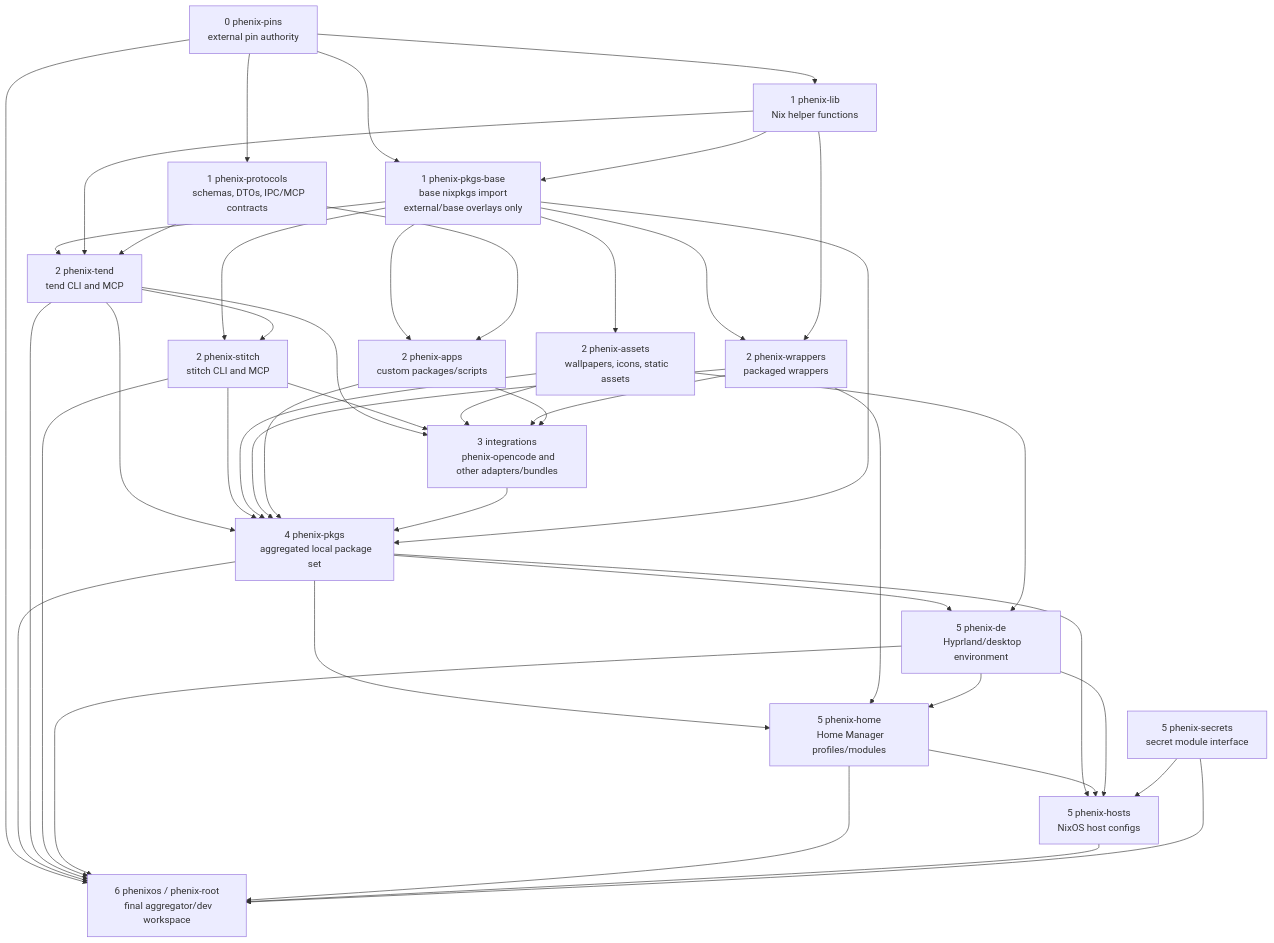
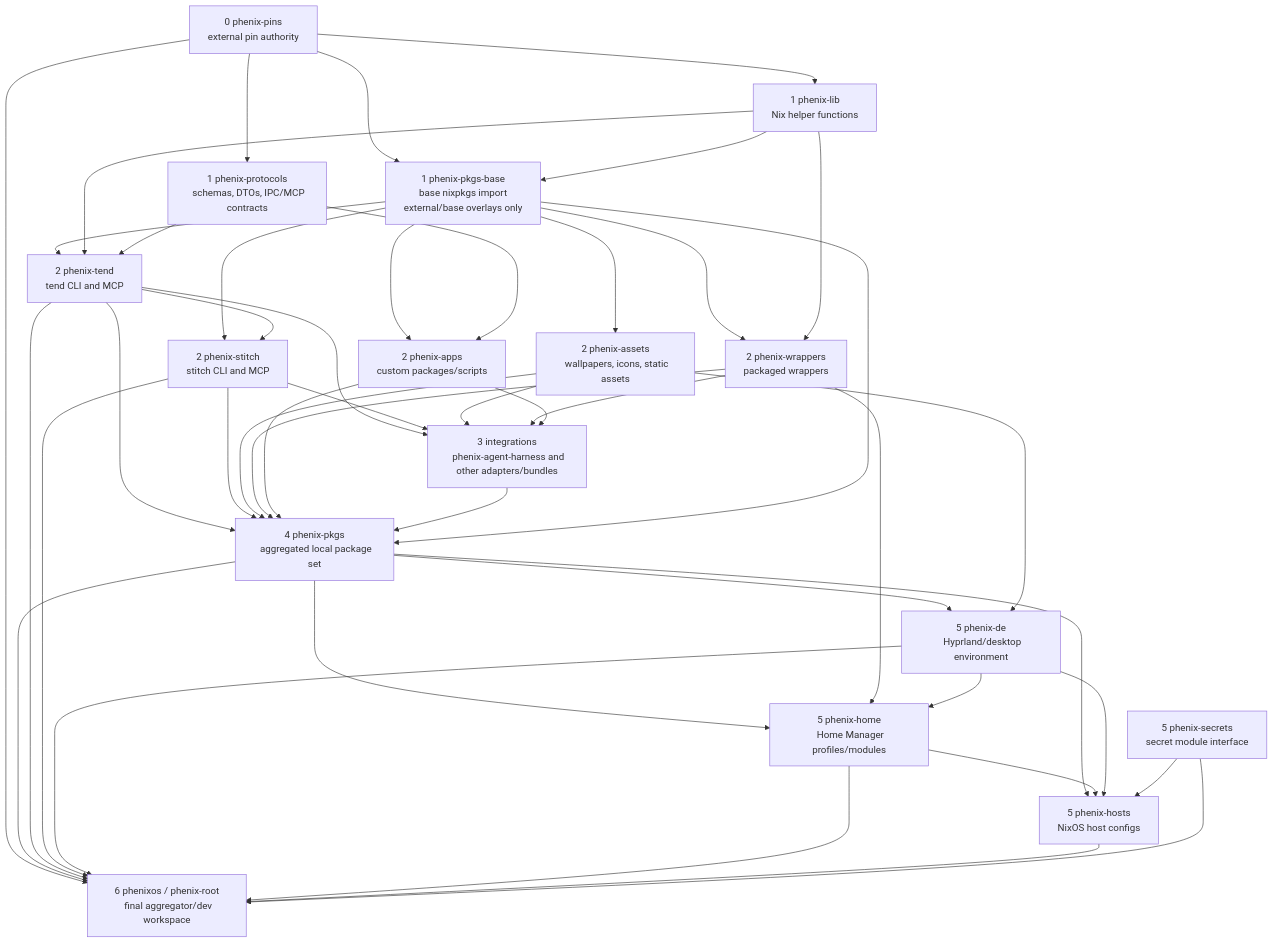
The third of 10 diagrams in docs/architecture/flake-topology.md (matthis-k/phenix), drawn with Mermaid before and after one commit. The commit also changed other lines of this file and 9 other files, not shown here.

Commit message:
workspace: rename opencode integration to agent harness

```diff
--- a/docs/architecture/flake-topology.md
+++ b/docs/architecture/flake-topology.md
@@ -105,7 +105,7 @@
   custom packages/scripts"]
 
   Integrations["3 integrations
-  phenix-opencode and other adapters/bundles"]
+  phenix-agent-harness and other adapters/bundles"]
 
   Pkgs["4 phenix-pkgs
   aggregated local package set"]
```
